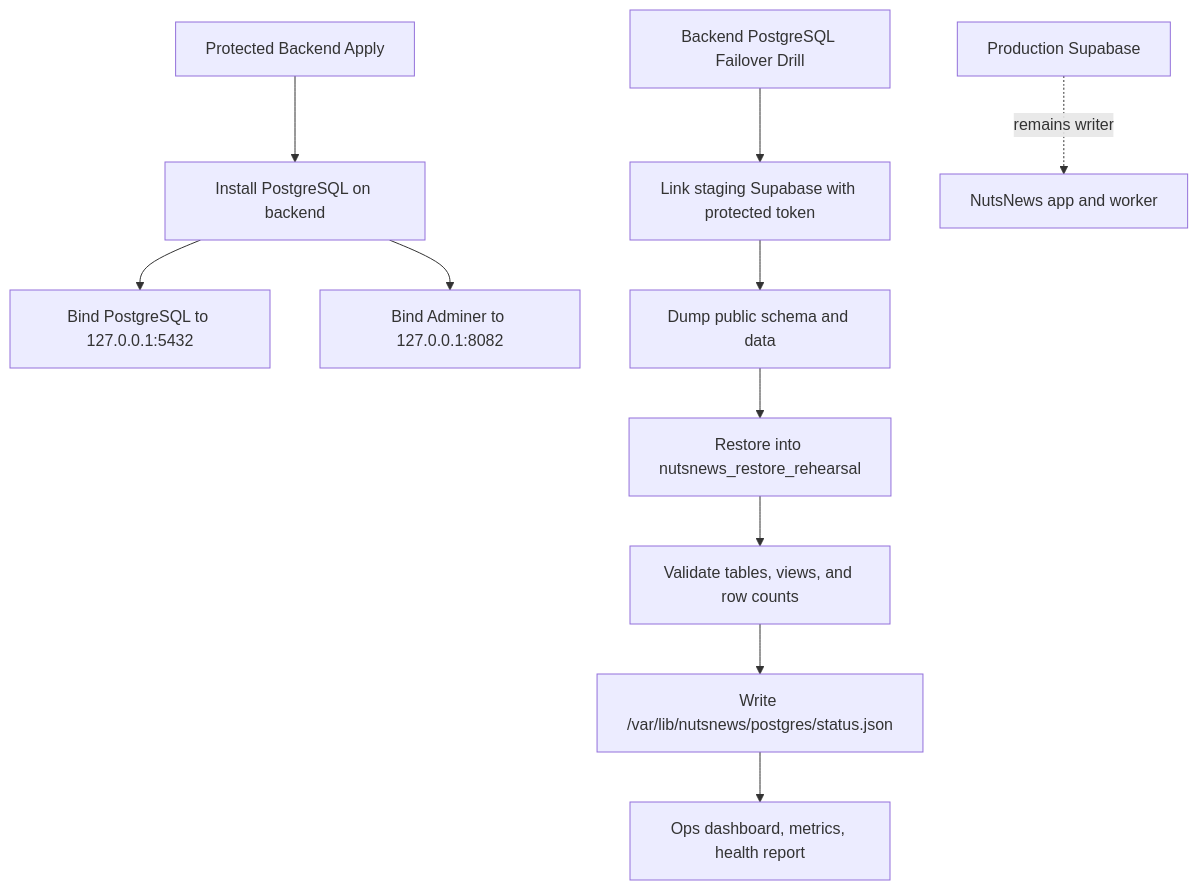
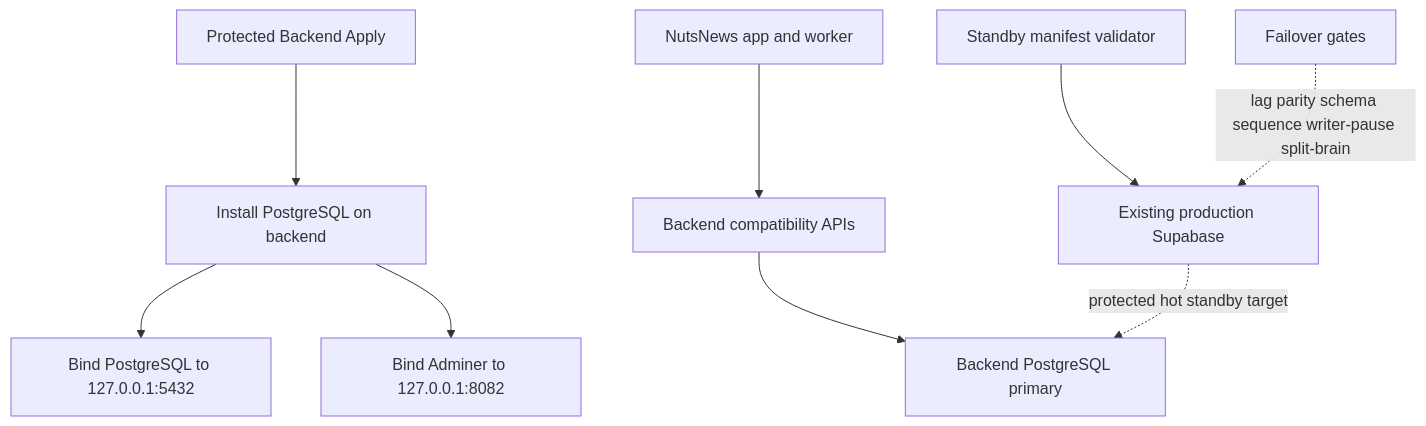
The first of 6 diagrams in NUTSNEWS_BACKEND_POSTGRES_FAILOVER.md (ramideltoro/nutsnews-docs), drawn with Mermaid before and after one commit. The commit also changed other lines of this file, not shown here.

Commit message:
Document Supabase standby manifest policy

````diff
--- a/NUTSNEWS_BACKEND_POSTGRES_FAILOVER.md
+++ b/NUTSNEWS_BACKEND_POSTGRES_FAILOVER.md
@@ -23,13 +30,11 @@
 ```mermaid
 flowchart TD
     A[Protected Backend Apply] --> B[Install PostgreSQL on backend]
     B --> C[Bind PostgreSQL to 127.0.0.1:5432]
     B --> D[Bind Adminer to 127.0.0.1:8082]
-    E[Backend PostgreSQL Failover Drill] --> F[Link staging Supabase with protected token]
-    F --> G[Dump public schema and data]
-    G --> H[Restore into nutsnews_restore_rehearsal]
-    H --> I[Validate tables, views, and row counts]
-    I --> J[Write /var/lib/nutsnews/postgres/status.json]
-    J --> K[Ops dashboard, metrics, health report]
-    L[Production Supabase] -. remains writer .-> M[NutsNews app and worker]
+    E[NutsNews app and worker] --> F[Backend compatibility APIs]
+    F --> G[Backend PostgreSQL primary]
+    H[Existing production Supabase] -. protected hot standby target .-> G
+    I[Standby manifest validator] --> H
+    J[Failover gates] -. lag parity schema sequence writer-pause split-brain .-> H
 ```
````
